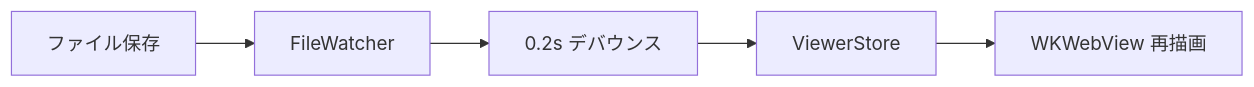
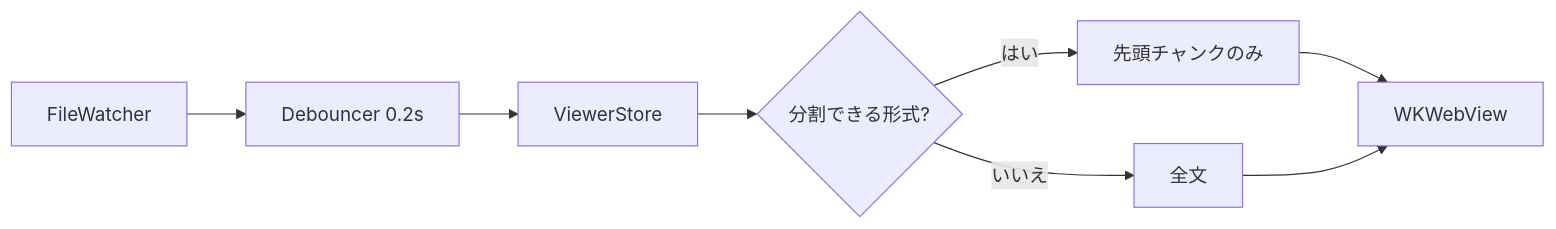
One commit to YTommy109/befold changed the first of 2 diagrams in sample/sample.md. Above: the diagram before and after it, drawn with Mermaid. The commit also changed other lines of this file and 13 other files, not shown here.

````diff
--- a/sample/sample.md
+++ b/sample/sample.md
@@ -60,7 +41,10 @@
 ```mermaid
 flowchart LR
-    A[ファイル保存] --> B[FileWatcher]
-    B --> C[0.2s デバウンス]
-    C --> D[ViewerStore]
-    D --> E[WKWebView 再描画]
+    A[FileWatcher] --> B[Debouncer 0.2s]
+    B --> C[ViewerStore]
+    C --> D{分割できる形式?}
+    D -- はい --> E[先頭チャンクのみ]
+    D -- いいえ --> F[全文]
+    E --> G[WKWebView]
+    F --> G
 ```
````
